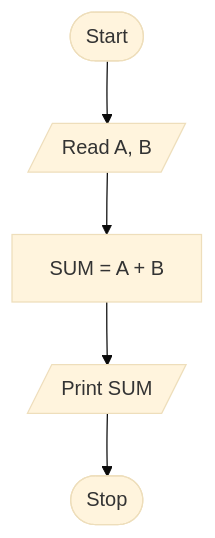
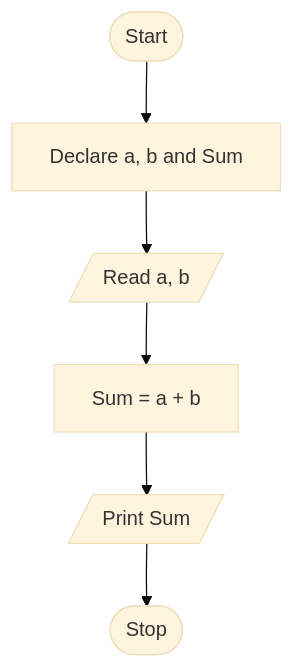
Before and after one commit to infernoGurala/utopia: the first of 2 diagrams in content/16-Other/EXTRA/Define flowchart. Explain different symbols used in flowcharts with suitable examples.md, drawn with Mermaid (base theme). The commit also changed other lines of this file, not shown here.

````diff
--- a/content/16-Other/EXTRA/Define flowchart. Explain different symbols used in flowcharts with suitable examples.md
+++ b/content/16-Other/EXTRA/Define flowchart. Explain different symbols used in flowcharts with suitable examples.md
@@ -20,7 +25,9 @@
 ```mermaid
-flowchart TD
-    A([Start]) --> B[/Read A, B/]
-    B --> C[SUM = A + B]
-    C --> D[/Print SUM/]
-    D --> E([Stop])
+flowchart TB
+    A([Start])
+    --> B[Declare a, b and Sum]
+    --> C[/Read a, b/]
+    --> D[Sum = a + b]
+    --> E[/Print Sum/]
+    --> F([Stop])
 ```
````
